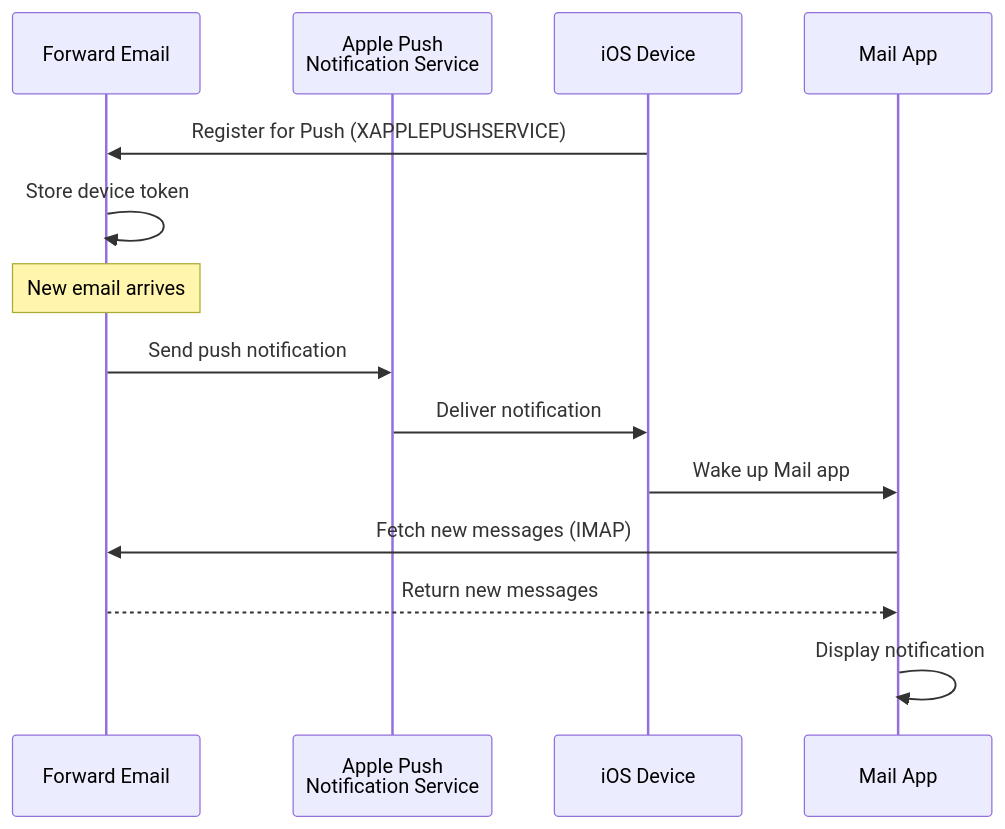
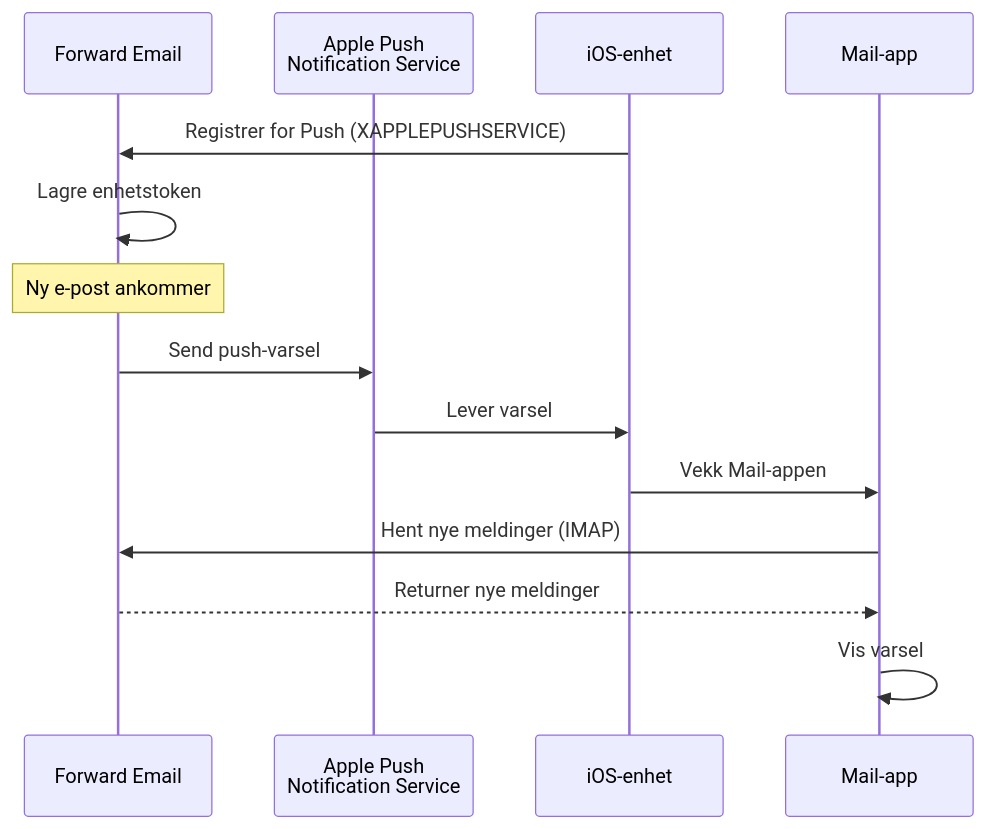
Diagram 16 of 16 in app/views/docs/email-protocols-rfc-compliance-imap-smtp-pop3-comparison/index-no.md (forwardemail/forwardemail.net), drawn with Mermaid before and after one commit. The commit also changed other lines of this file and 1055 other files, not shown here.

````diff
--- a/app/views/docs/email-protocols-rfc-compliance-imap-smtp-pop3-comparison/index-no.md
+++ b/app/views/docs/email-protocols-rfc-compliance-imap-smtp-pop3-comparison/index-no.md
@@ -1931,19 +1924,19 @@
 ```mermaid
 sequenceDiagram
     participant Server as Forward Email
     participant APNS as Apple Push<br/>Notification Service
-    participant iOS as iOS Device
-    participant Mail as Mail App
+    participant iOS as iOS-enhet
+    participant Mail as Mail-app
 
-    iOS->>Server: Register for Push (XAPPLEPUSHSERVICE)
-    Server->>Server: Store device token
+    iOS->>Server: Registrer for Push (XAPPLEPUSHSERVICE)
+    Server->>Server: Lagre enhetstoken
 
-    Note over Server: New email arrives
+    Note over Server: Ny e-post ankommer
 
-    Server->>APNS: Send push notification
-    APNS->>iOS: Deliver notification
-    iOS->>Mail: Wake up Mail app
-    Mail->>Server: Fetch new messages (IMAP)
-    Server-->>Mail: Return new messages
-    Mail->>Mail: Display notification
+    Server->>APNS: Send push-varsel
+    APNS->>iOS: Lever varsel
+    iOS->>Mail: Vekk Mail-appen
+    Mail->>Server: Hent nye meldinger (IMAP)
+    Server-->>Mail: Returner nye meldinger
+    Mail->>Mail: Vis varsel
 ```
````
